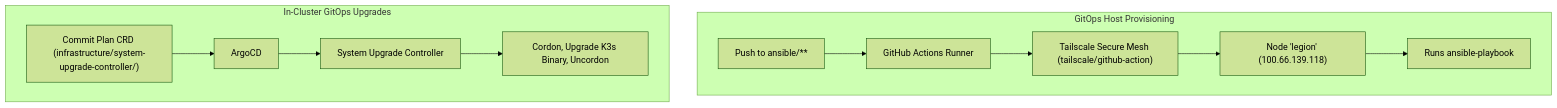
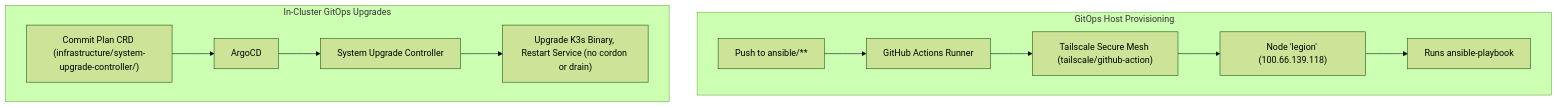
One commit to nsudhanva/homelab changed the diagram in docs/src/content/docs/how-to/gitops-automation.md. Above: the diagram before and after it, drawn with Mermaid (forest theme). The commit also changed other lines of this file and 46 other files, not shown here.

````diff
--- a/docs/src/content/docs/how-to/gitops-automation.md
+++ b/docs/src/content/docs/how-to/gitops-automation.md
@@ -18,15 +18,15 @@
 ```mermaid
 flowchart TD
   subgraph HostProv["GitOps Host Provisioning"]
     GitAnsible["Push to ansible/**"] --> GHA["GitHub Actions Runner"]
     GHA --> Tailnet["Tailscale Secure Mesh (tailscale/github-action)"]
     Tailnet --> LegionHost["Node 'legion' (100.66.139.118)"]
     LegionHost --> AnsibleRun["Runs ansible-playbook"]
   end
 
   subgraph ClusterUp["In-Cluster GitOps Upgrades"]
     GitK3s["Commit Plan CRD (infrastructure/system-upgrade-controller/)"] --> Argo["ArgoCD"]
     Argo --> SUC["System Upgrade Controller"]
-    SUC --> K3sUpgrade["Cordon, Upgrade K3s Binary, Uncordon"]
+    SUC --> K3sUpgrade["Upgrade K3s Binary, Restart Service (no cordon or drain)"]
   end
 ```
````
